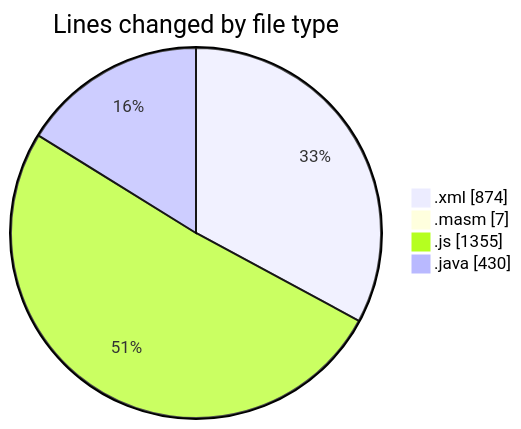
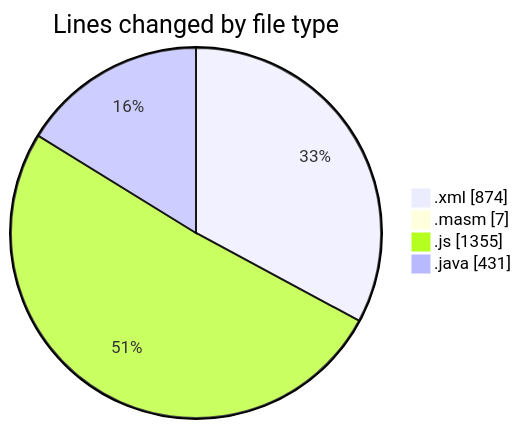
Before and after one commit to charlie-sans/code-tracking: the first of 2 diagrams in 2025-03-11/jmasm/README.md, drawn with Mermaid. The commit also changed other lines of this file and 1 other file, not shown here.

````diff
--- a/2025-03-11/jmasm/README.md
+++ b/2025-03-11/jmasm/README.md
@@ -24,8 +24,8 @@
 ```mermaid
 pie showData
 title Lines changed by file type
 ".xml" : 874
 ".masm" : 7
 ".js" : 1355
-".java" : 430
+".java" : 431
 ```
````
